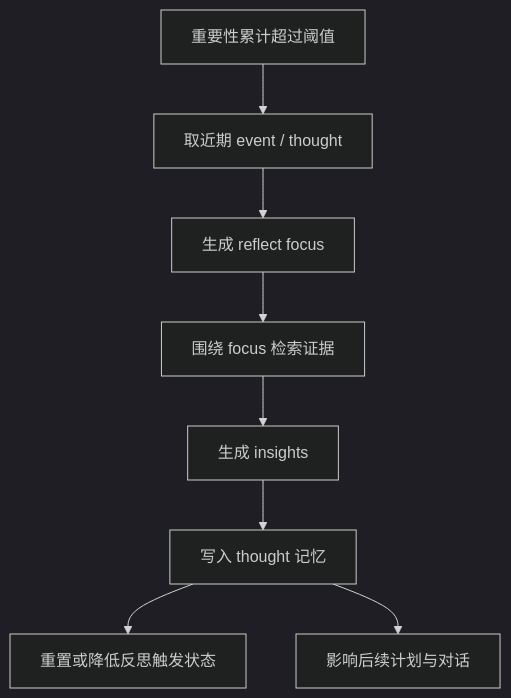
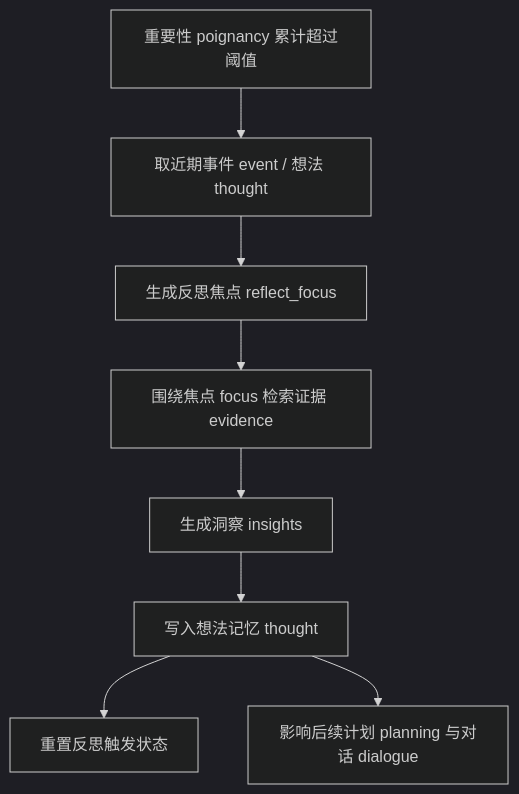
One commit to tbkken/GenerativeAgentsCN changed the diagram in docs/book/manuscript/part_03/chapter_21.md. Above: the diagram before and after it, drawn with Mermaid (dark theme). The commit also changed other lines of this file and 33 other files, not shown here.

````diff
--- a/docs/book/manuscript/part_03/chapter_21.md
+++ b/docs/book/manuscript/part_03/chapter_21.md
@@ -43,10 +43,10 @@
 ```mermaid
 flowchart TD
-    Trigger["重要性累计超过阈值"] --> Recent["取近期 event / thought"]
-    Recent --> Focus["生成 reflect focus"]
-    Focus --> Retrieve["围绕 focus 检索证据"]
-    Retrieve --> Insights["生成 insights"]
-    Insights --> Thought["写入 thought 记忆"]
-    Thought --> Reset["重置或降低反思触发状态"]
-    Thought --> Future["影响后续计划与对话"]
+    Trigger["重要性 poignancy 累计超过阈值"] --> Recent["取近期事件 event / 想法 thought"]
+    Recent --> Focus["生成反思焦点 reflect_focus"]
+    Focus --> Retrieve["围绕焦点 focus 检索证据 evidence"]
+    Retrieve --> Insights["生成洞察 insights"]
+    Insights --> Thought["写入想法记忆 thought"]
+    Thought --> Reset["重置反思触发状态"]
+    Thought --> Future["影响后续计划 planning 与对话 dialogue"]
 ```
````
